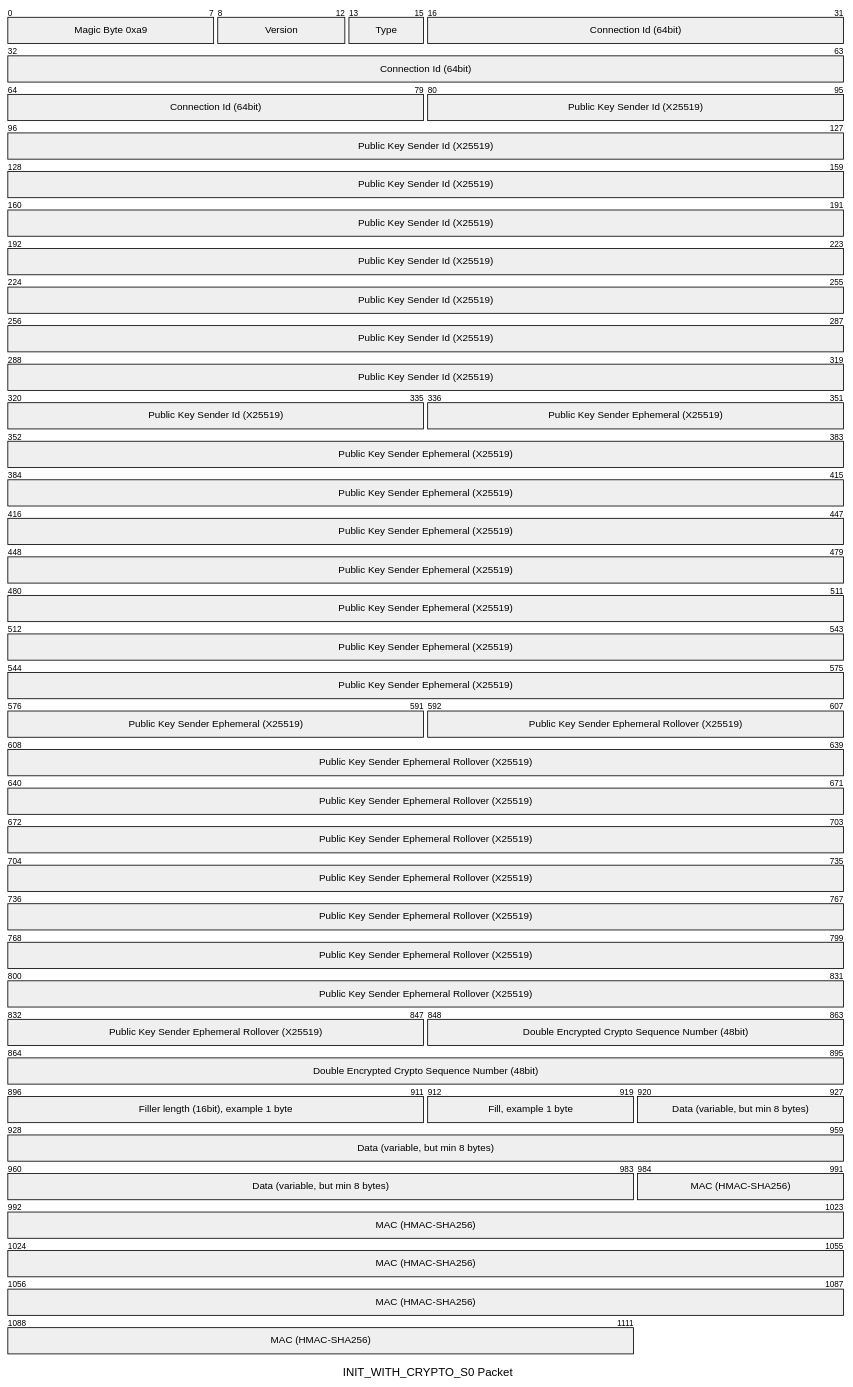
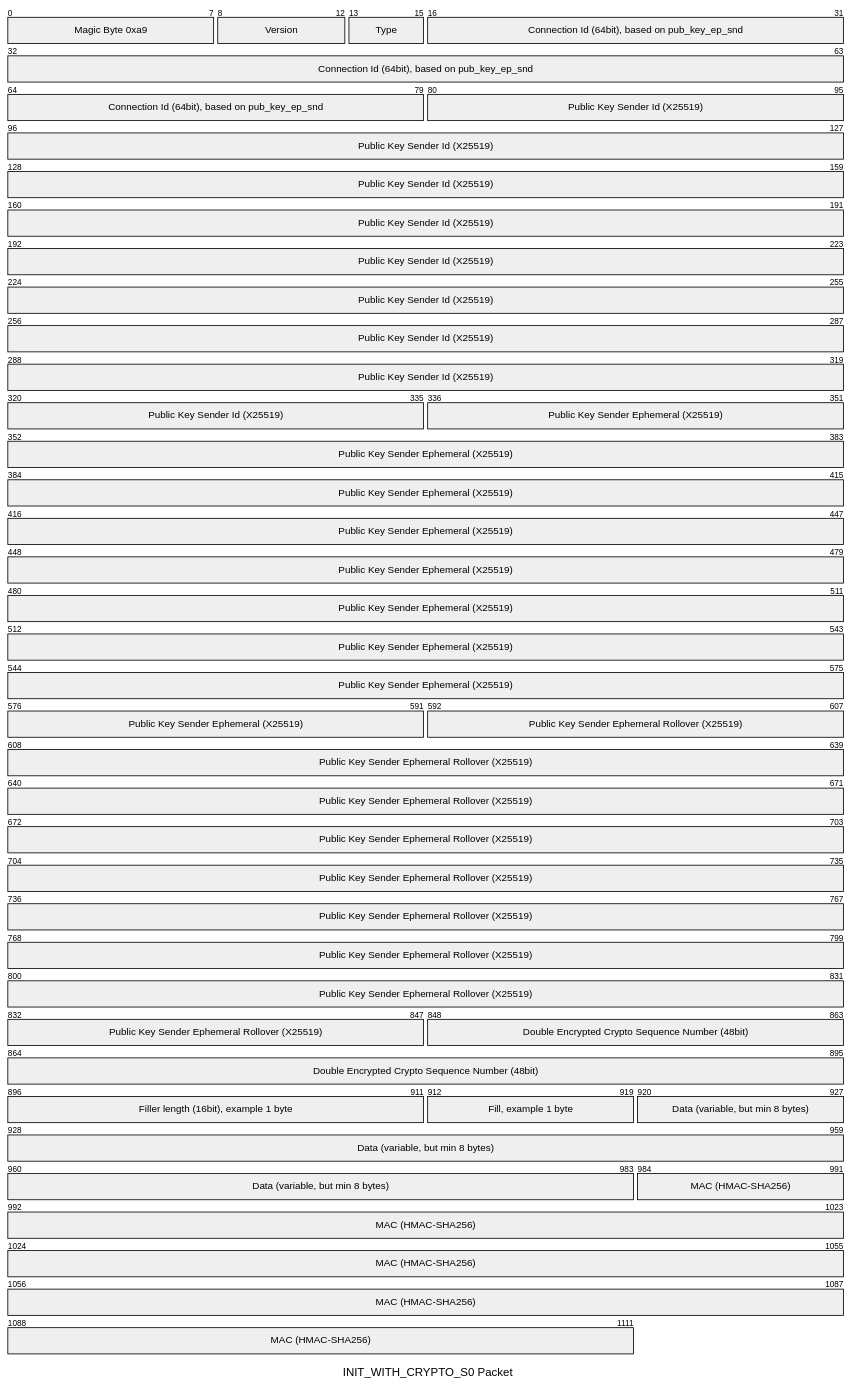
The third of 9 diagrams in Readme.md (tbocek/tomtp), drawn with Mermaid before and after one commit. The commit also changed other lines of this file and 8 other files, not shown here.

````diff
--- a/Readme.md
+++ b/Readme.md
@@ -122,18 +122,18 @@
 ```mermaid
 ---
 title: "INIT_WITH_CRYPTO_S0 Packet"
 ---
 packet-beta
   0-7: "Magic Byte 0xa9"
   8-12: "Version"
   13-15: "Type"
-  16-79: "Connection Id (64bit)"
+  16-79: "Connection Id (64bit), based on pub_key_ep_snd"
   80-335: "Public Key Sender Id (X25519)"
   336-591: "Public Key Sender Ephemeral (X25519)"
   592-847: "Public Key Sender Ephemeral Rollover (X25519)"
   848-895: "Double Encrypted Crypto Sequence Number (48bit)"
   896-911: "Filler length (16bit), example 1 byte"
   912-919: "Fill, example 1 byte"
   920-983: "Data (variable, but min 8 bytes)"
   984-1111: "MAC (HMAC-SHA256)"
 ```
````
